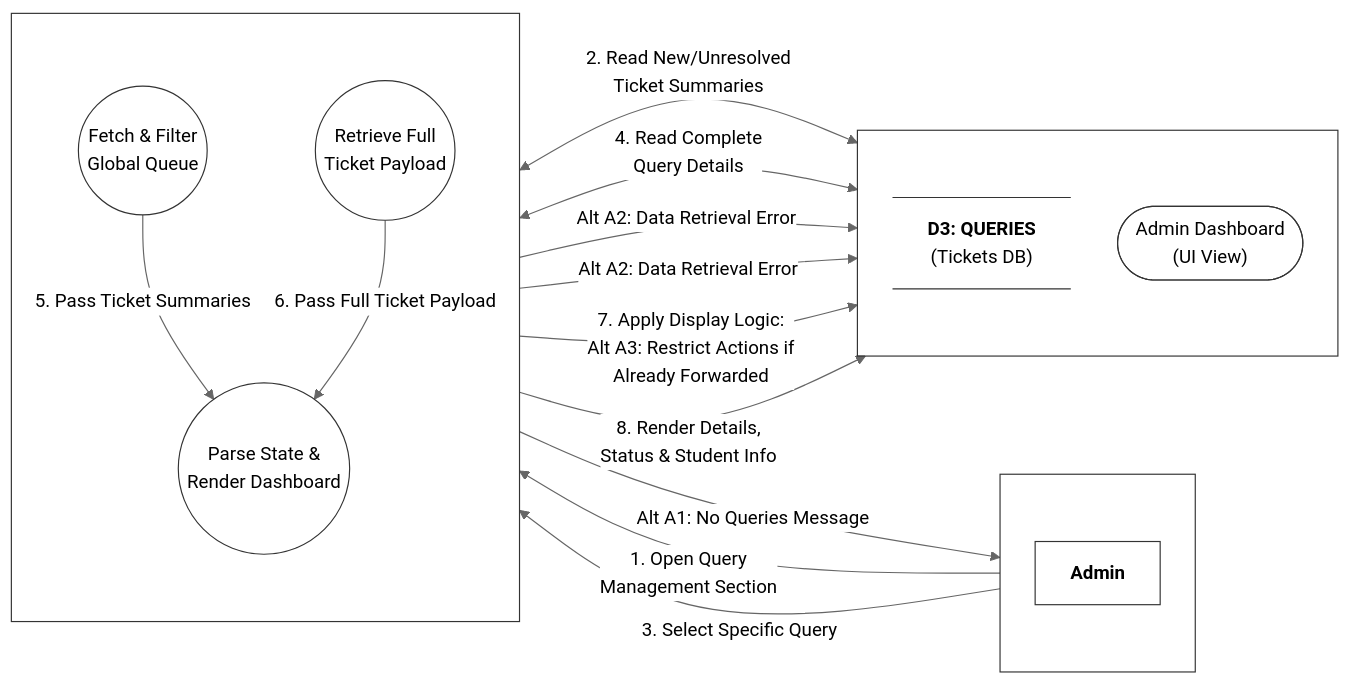
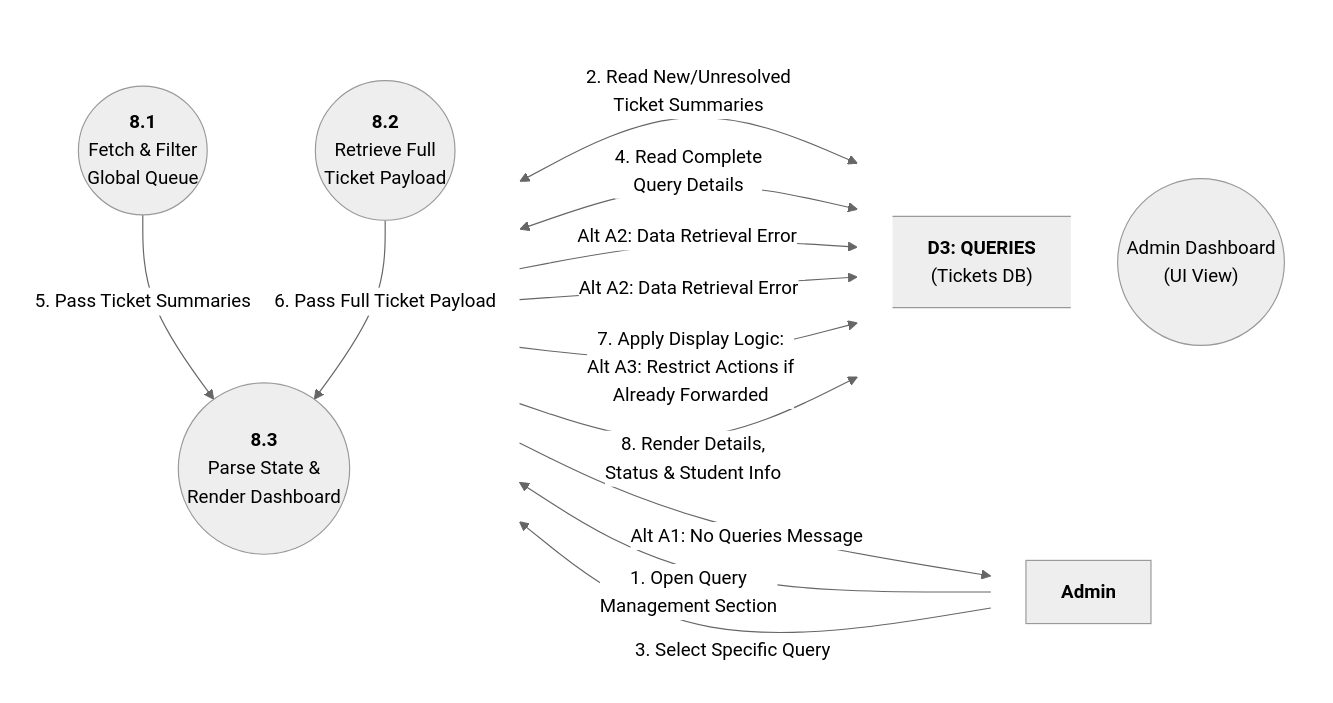
One commit to aryanhrc3428/Semester-5 changed the diagram in SE/ideathon/documents/L2-DFD-A01.mmd. Above: the diagram before and after it, drawn with Mermaid (neutral theme). The commit also changed 43 other files, not shown here.

```diff
--- a/SE/ideathon/documents/L2-DFD-A01.mmd
+++ b/SE/ideathon/documents/L2-DFD-A01.mmd
@@ -1,75 +1,65 @@
 %%{init: {
   "flowchart": {
     "htmlLabels": true,
     "nodeSpacing": 40,
     "rankSpacing": 90,
     "padding": 15
   }
 }}%%
 flowchart LR
 
     %% -------------------------------------------------------------
     %% COLUMN 1: ACTORS
     %% -------------------------------------------------------------
     subgraph Actors [" "]
         direction TB
         Admin["<b>Admin</b>"]
     end
 
     %% -------------------------------------------------------------
     %% COLUMN 2: SUB-PROCESSES (Decomposition of 8.0)
     %% -------------------------------------------------------------
     subgraph SubProcesses [" "]
         direction TB
-        P8_1(("Fetch & Filter<br/>Global Queue"))
-        P8_2(("Retrieve Full<br/>Ticket Payload"))
-        P8_3(("Parse State &<br/>Render Dashboard"))
+        P8_1(("<b>8.1</b><br/>Fetch & Filter<br/>Global Queue"))
+        P8_2(("<b>8.2</b><br/>Retrieve Full<br/>Ticket Payload"))
+        P8_3(("<b>8.3</b><br/>Parse State &<br/>Render Dashboard"))
     end
 
     %% -------------------------------------------------------------
     %% COLUMN 3: DATA STORES & UI SINKS
     %% -------------------------------------------------------------
     subgraph DataStores [" "]
         direction TB
         D3@{ shape: datastore, label: "<b>D3: QUERIES</b><br/>(Tickets DB)" }
-        AdminDash(["Admin Dashboard<br/>(UI View)"])
+        AdminDash(("Admin Dashboard<br/>(UI View)"))
     end
 
     %% =============================================================
     %% DATA FLOWS
     %% =============================================================
 
     %% --- 8.1 Fetch Queue ---
     Admin -->|"1. Open Query<br/>Management Section"| P8_1
     P8_1 <-->|"2. Read New/Unresolved<br/>Ticket Summaries"| D3
     P8_1 -->|"Alt A1: No Queries Message"| Admin
     
     %% --- 8.2 Retrieve Ticket ---
     Admin -->|"3. Select Specific Query"| P8_2
     P8_2 <-->|"4. Read Complete<br/>Query Details"| D3
     
     %% --- Error Handling (Alt A2) ---
     P8_1 & P8_2 -->|"Alt A2: Data Retrieval Error"| AdminDash
     
     %% --- 8.3 Parse & Render ---
     P8_1 -->|"5. Pass Ticket Summaries"| P8_3
     P8_2 -->|"6. Pass Full Ticket Payload"| P8_3
     P8_3 -->|"7. Apply Display Logic:<br/>Alt A3: Restrict Actions if<br/>Already Forwarded"| AdminDash
     P8_3 -->|"8. Render Details,<br/>Status & Student Info"| AdminDash
 
     %% -------------------------------------------------------------
     %% STYLING
     %% -------------------------------------------------------------
-    classDef processStyle fill:#fff,stroke:#333,stroke-width:1px,color:#000;
-    classDef storeStyle fill:#fff,stroke:#333,stroke-width:1px,color:#000;
-    classDef actorStyle fill:#fff,stroke:#333,stroke-width:1px,color:#000;
-    classDef extStyle fill:#fff,stroke:#333,stroke-width:1px,color:#000;
-
-    class P8_1,P8_2,P8_3 processStyle;
-    class D3 storeStyle;
-    class Admin actorStyle;
-    class AdminDash extStyle;
-
-    style Actors fill:none,stroke:#333,stroke-width:1px
-    style SubProcesses fill:none,stroke:#333,stroke-width:1px
-    style DataStores fill:none,stroke:#333,stroke-width:1px
+    style Actors fill:none, stroke:none
+    style DataStores fill:none, stroke:none
+    style SubProcesses fill:none, stroke:none
```
